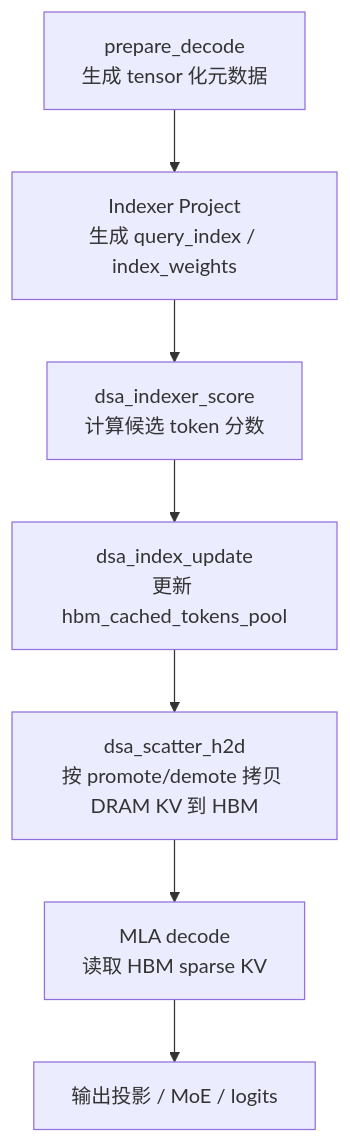
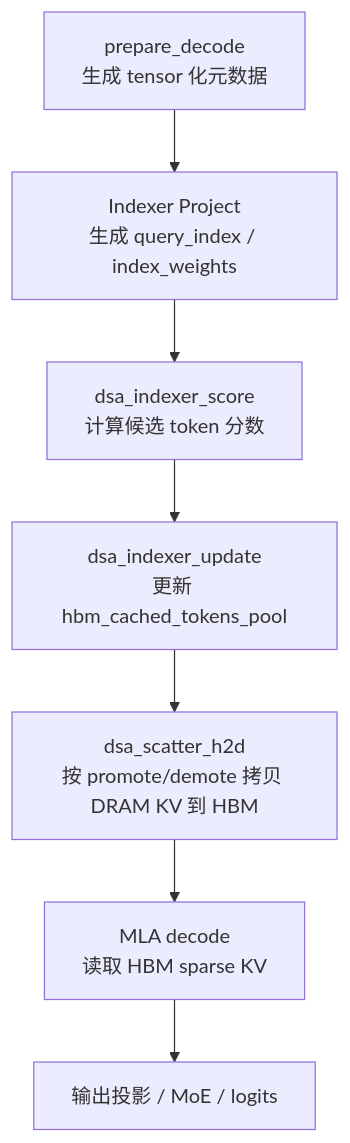
Before and after one commit to xwLearnsLLM/nanovllm-DSA-offload: the third of 3 diagrams in DSA-offload设计文档.md, drawn with Mermaid. The commit also changed other lines of this file and 2 other files, not shown here.

````diff
--- a/DSA-offload设计文档.md
+++ b/DSA-offload设计文档.md
@@ -186,9 +186,9 @@
 ```mermaid
 flowchart TD
     A["prepare_decode<br/>生成 tensor 化元数据"] --> B["Indexer Project<br/>生成 query_index / index_weights"]
     B --> C["dsa_indexer_score<br/>计算候选 token 分数"]
-    C --> D["dsa_index_update<br/>更新 hbm_cached_tokens_pool"]
+    C --> D["dsa_indexer_update<br/>更新 hbm_cached_tokens_pool"]
     D --> E["dsa_scatter_h2d<br/>按 promote/demote 拷贝 DRAM KV 到 HBM"]
     E --> F["MLA decode<br/>读取 HBM sparse KV"]
     F --> G["输出投影 / MoE / logits"]
 ```
````
